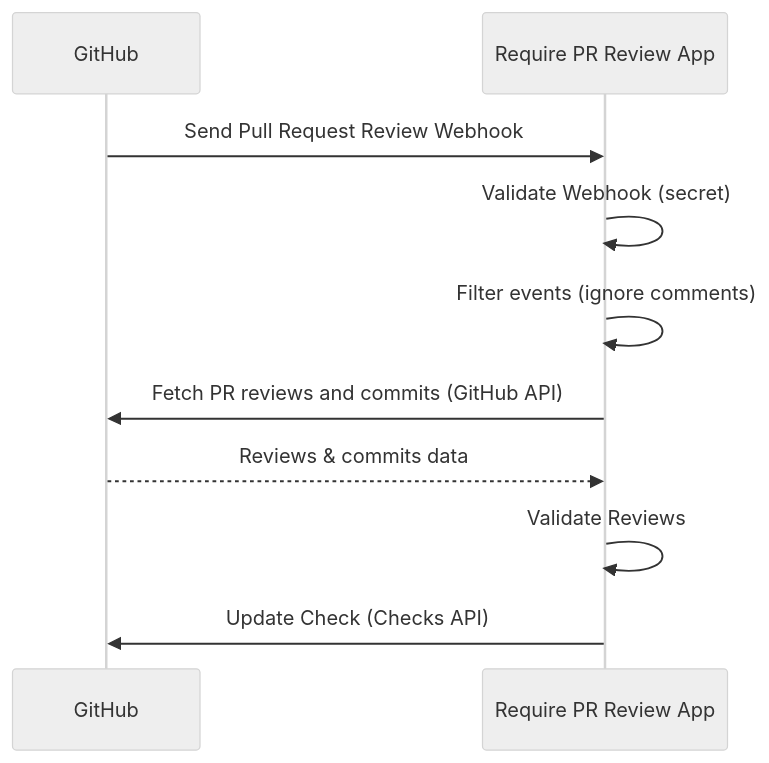
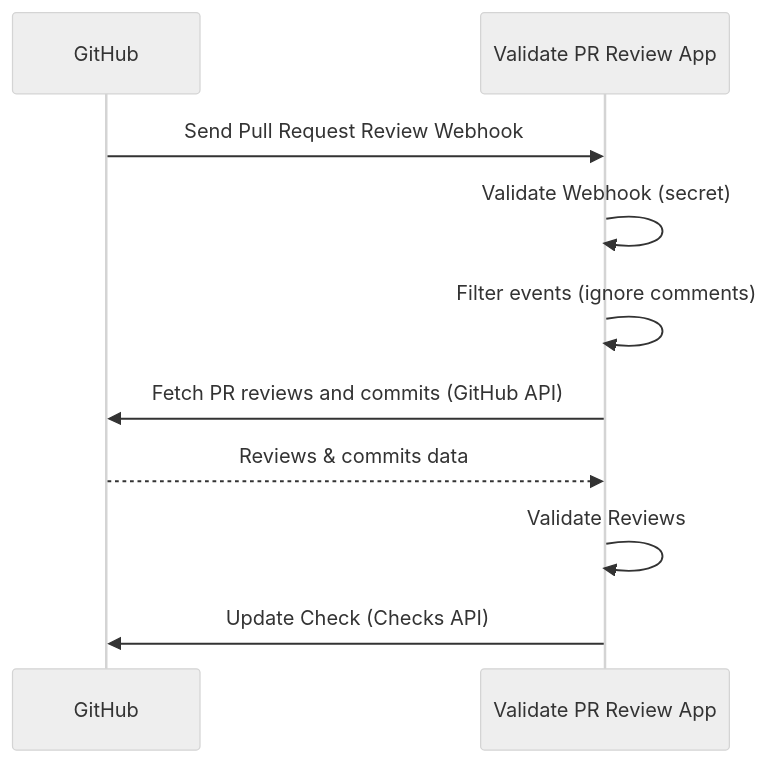
Before and after one commit to suzuki-shunsuke/validate-pr-review-app: the diagram in README.md, drawn with Mermaid (neutral theme). The commit also changed other lines of this file, not shown here.

Commit message:
docs: rename the project to `Validate PR Review App`

````diff
--- a/README.md
+++ b/README.md
@@ -77,13 +77,13 @@
 ```mermaid
 sequenceDiagram
     participant GitHub
-    participant RequirePRReviewApp as Require PR Review App
+    participant RequirePRReviewApp as Validate PR Review App
 
     GitHub ->> RequirePRReviewApp: Send Pull Request Review Webhook
     RequirePRReviewApp ->> RequirePRReviewApp: Validate Webhook (secret)
     RequirePRReviewApp ->> RequirePRReviewApp: Filter events (ignore comments)
     RequirePRReviewApp ->> GitHub: Fetch PR reviews and commits (GitHub API)
     GitHub -->> RequirePRReviewApp: Reviews & commits data
     RequirePRReviewApp ->> RequirePRReviewApp: Validate Reviews
     RequirePRReviewApp ->> GitHub: Update Check (Checks API)
 ```
````
